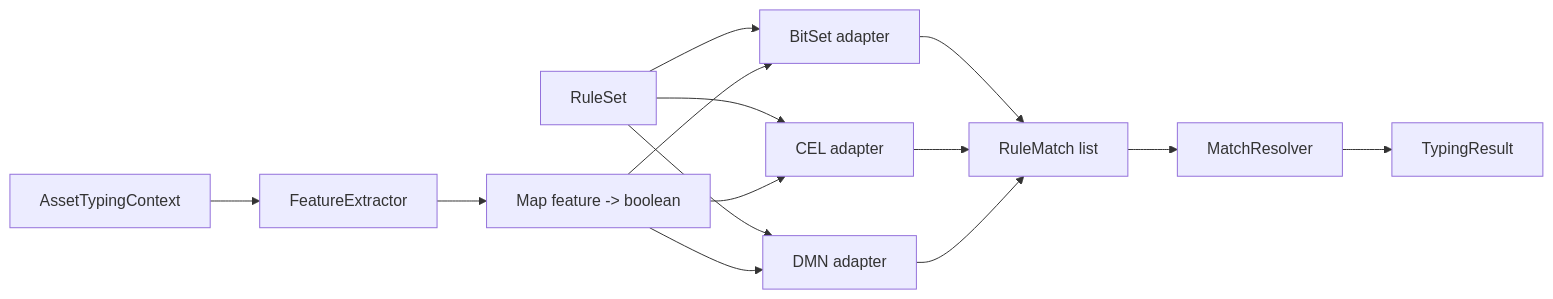
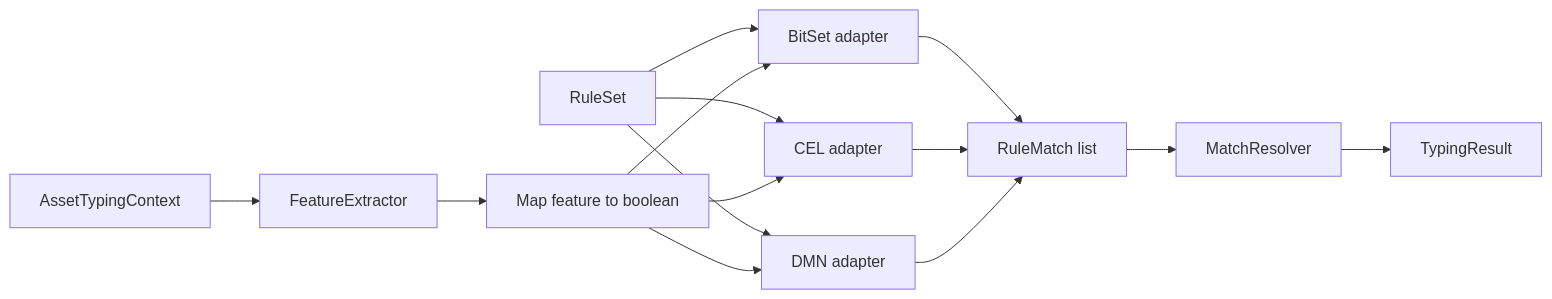
One commit to GAbra/itam-asset-typing-benchmark changed the first of 9 diagrams in docs/ENGINE_IMPLEMENTATION.md. Above: the diagram before and after it, drawn with Mermaid. The commit also changed other lines of this file, not shown here.

Commit message:
Fix Mermaid syntax in English engine implementation

````diff
--- a/docs/ENGINE_IMPLEMENTATION.md
+++ b/docs/ENGINE_IMPLEMENTATION.md
@@ -28,12 +28,16 @@
 ```mermaid
 flowchart LR
-    C[AssetTypingContext] --> F[FeatureExtractor]
-    F --> M[Map feature -> boolean]
-    R[RuleSet] --> B[BitSet adapter]
-    R --> E[CEL adapter]
-    R --> D[DMN adapter]
-    M --> B & E & D
-    B & E & D --> RM[RuleMatch list]
-    RM --> RES[MatchResolver]
-    RES --> OUT[TypingResult]
+    C["AssetTypingContext"] --> F["FeatureExtractor"]
+    F --> M["Map feature to boolean"]
+    R["RuleSet"] --> B["BitSet adapter"]
+    R --> E["CEL adapter"]
+    R --> D["DMN adapter"]
+    M --> B
+    M --> E
+    M --> D
+    B --> RM["RuleMatch list"]
+    E --> RM
+    D --> RM
+    RM --> RES["MatchResolver"]
+    RES --> OUT["TypingResult"]
 ```
````
